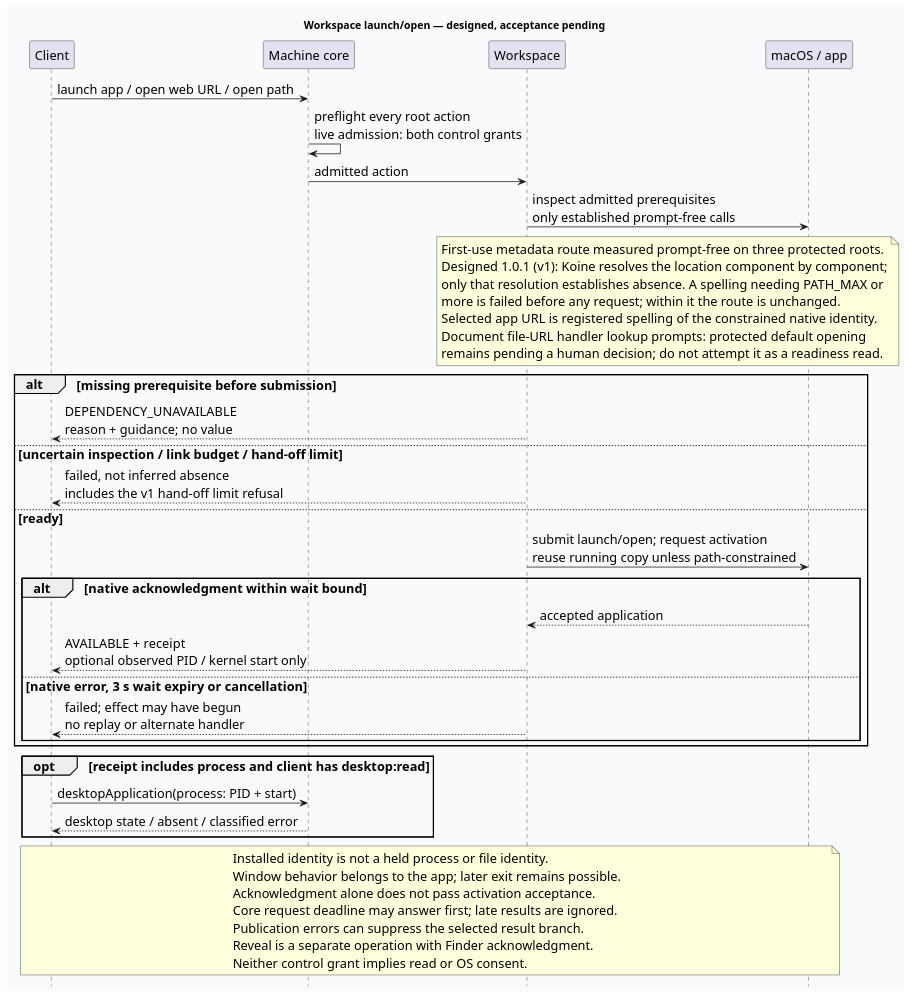
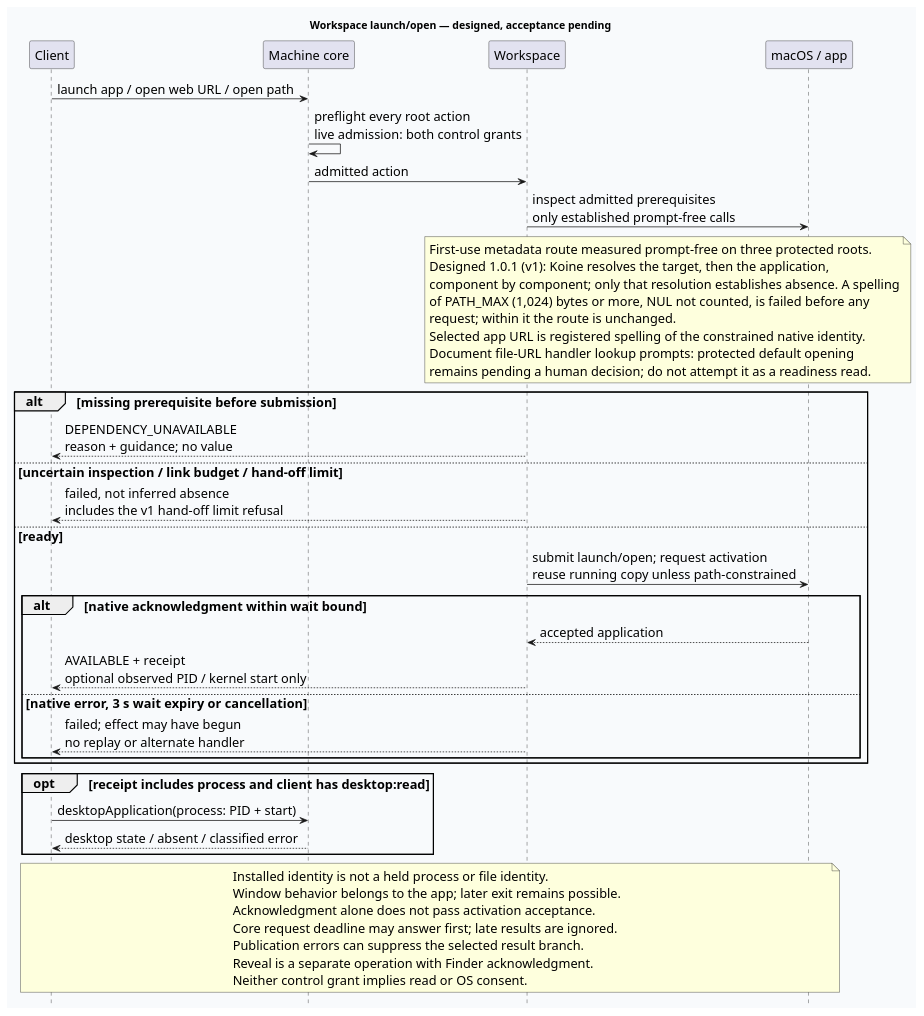
One commit to Linkuistics/Koine changed the diagram in docs/design/architecture/workspace-open.puml. Above: the diagram before and after it, drawn with PlantUML. The commit also changed 23 other files, not shown here.

```diff
--- a/docs/design/architecture/workspace-open.puml
+++ b/docs/design/architecture/workspace-open.puml
@@ -1,51 +1,52 @@
 @startuml workspace-open
 skinparam backgroundColor #F8FAFC
 skinparam defaultFontName Helvetica
 skinparam defaultFontSize 17
 skinparam shadowing false
 hide footbox
 title Workspace launch/open — designed, acceptance pending
 participant Client
 participant "Machine core" as Core
 participant Workspace
 participant "macOS / app" as Native
 Client -> Core: launch app / open web URL / open path
 Core -> Core: preflight every root action\nlive admission: both control grants
 Core -> Workspace: admitted action
 Workspace -> Native: inspect admitted prerequisites\nonly established prompt-free calls
 note over Workspace,Native
 First-use metadata route measured prompt-free on three protected roots.
-Designed 1.0.1 (v1): Koine resolves the location component by component;
-only that resolution establishes absence. A spelling needing PATH_MAX or
-more is failed before any request; within it the route is unchanged.
+Designed 1.0.1 (v1): Koine resolves the target, then the application,
+component by component; only that resolution establishes absence. A spelling
+of PATH_MAX (1,024) bytes or more, NUL not counted, is failed before any
+request; within it the route is unchanged.
 Selected app URL is registered spelling of the constrained native identity.
 Document file-URL handler lookup prompts: protected default opening
 remains pending a human decision; do not attempt it as a readiness read.
 end note
 alt missing prerequisite before submission
   Workspace --> Client: DEPENDENCY_UNAVAILABLE\nreason + guidance; no value
 else uncertain inspection / link budget / hand-off limit
   Workspace --> Client: failed, not inferred absence\nincludes the v1 hand-off limit refusal
 else ready
   Workspace -> Native: submit launch/open; request activation\nreuse running copy unless path-constrained
   alt native acknowledgment within wait bound
     Native --> Workspace: accepted application
     Workspace --> Client: AVAILABLE + receipt\noptional observed PID / kernel start only
   else native error, 3 s wait expiry or cancellation
     Workspace --> Client: failed; effect may have begun\nno replay or alternate handler
   end
 end
 opt receipt includes process and client has desktop:read
   Client -> Core: desktopApplication(process: PID + start)
   Core --> Client: desktop state / absent / classified error
 end
 note over Client,Native
 Installed identity is not a held process or file identity.
 Window behavior belongs to the app; later exit remains possible.
 Acknowledgment alone does not pass activation acceptance.
 Core request deadline may answer first; late results are ignored.
 Publication errors can suppress the selected result branch.
 Reveal is a separate operation with Finder acknowledgment.
 Neither control grant implies read or OS consent.
 end note
 @enduml
```
